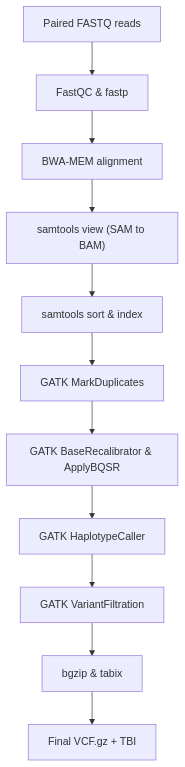
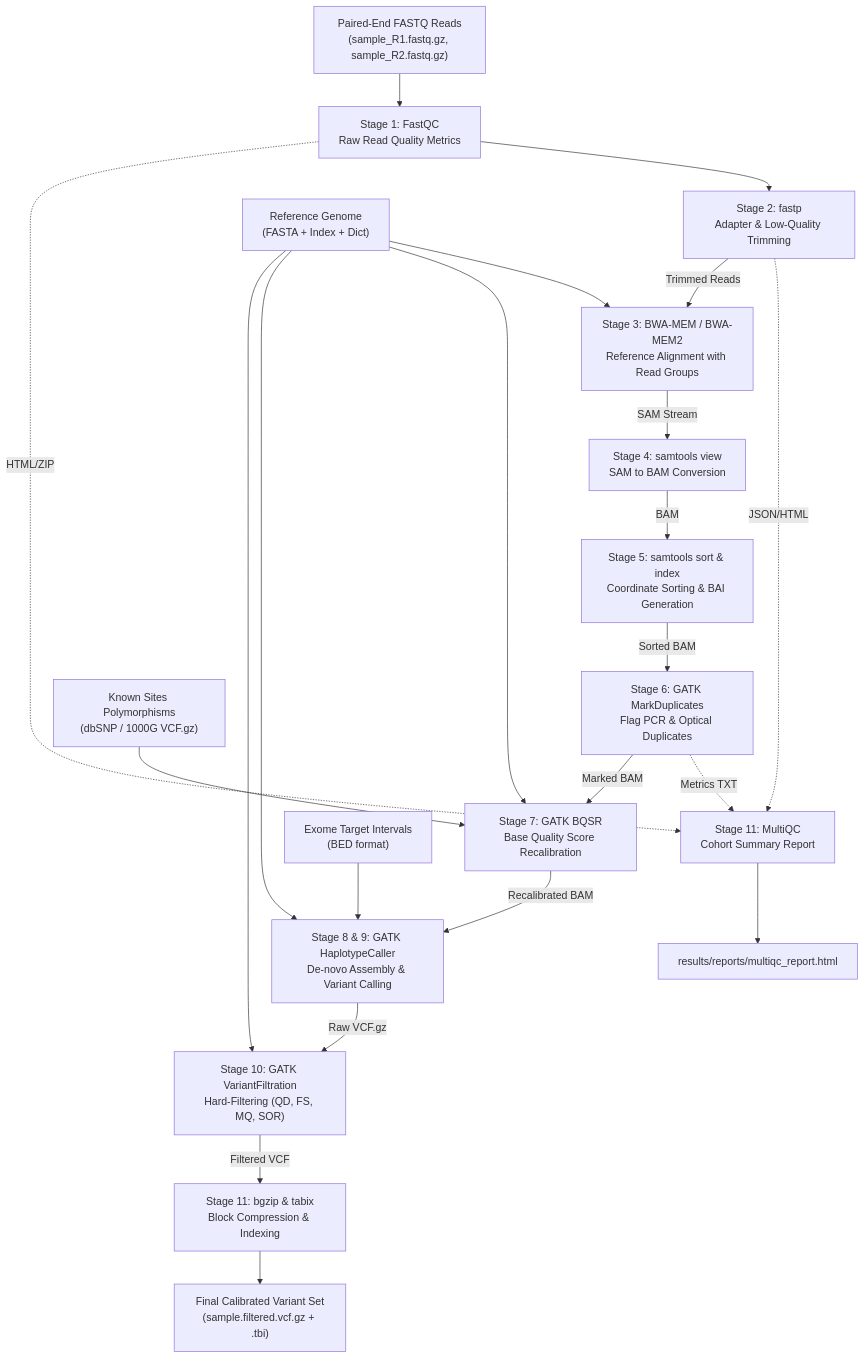
One commit to sushi-cpu/exome-pipeline changed the diagram in README.md. Above: the diagram before and after it, drawn with Mermaid. The commit also changed other lines of this file and 1 other file, not shown here.

Commit message:
docs: expand README and ARCHITECTURE with in-depth technical specifications and diagrams

````diff
--- a/README.md
+++ b/README.md
@@ -9,13 +53,32 @@
 ```mermaid
 flowchart TD
-    FASTQ["Paired FASTQ reads"] --> QC1["FastQC & fastp"]
-    QC1 --> ALIGN["BWA-MEM alignment"]
-    ALIGN --> SAM["samtools view (SAM to BAM)"]
-    SAM --> SORT["samtools sort & index"]
-    SORT --> DEDUP["GATK MarkDuplicates"]
-    DEDUP --> BQSR["GATK BaseRecalibrator & ApplyBQSR"]
-    BQSR --> HC["GATK HaplotypeCaller"]
-    HC --> VF["GATK VariantFiltration"]
-    VF --> BGZIP["bgzip & tabix"]
-    BGZIP --> FINAL["Final VCF.gz + TBI"]
+    FASTQ["Paired-End FASTQ Reads<br/>(sample_R1.fastq.gz, sample_R2.fastq.gz)"] --> STAGE1["Stage 1: FastQC<br/>Raw Read Quality Metrics"]
+    STAGE1 --> STAGE2["Stage 2: fastp<br/>Adapter & Low-Quality Trimming"]
+    STAGE1 -.->|HTML/ZIP| MQ["Stage 11: MultiQC<br/>Cohort Summary Report"]
+    STAGE2 -.->|JSON/HTML| MQ
+    
+    STAGE2 -->|Trimmed Reads| STAGE3["Stage 3: BWA-MEM / BWA-MEM2<br/>Reference Alignment with Read Groups"]
+    REF["Reference Genome<br/>(FASTA + Index + Dict)"] --> STAGE3
+    
+    STAGE3 -->|SAM Stream| STAGE4["Stage 4: samtools view<br/>SAM to BAM Conversion"]
+    STAGE4 -->|BAM| STAGE5["Stage 5: samtools sort & index<br/>Coordinate Sorting & BAI Generation"]
+    
+    STAGE5 -->|Sorted BAM| STAGE6["Stage 6: GATK MarkDuplicates<br/>Flag PCR & Optical Duplicates"]
+    STAGE6 -.->|Metrics TXT| MQ
+    
+    STAGE6 -->|Marked BAM| STAGE7["Stage 7: GATK BQSR<br/>Base Quality Score Recalibration"]
+    KNOWN["Known Sites Polymorphisms<br/>(dbSNP / 1000G VCF.gz)"] --> STAGE7
+    REF --> STAGE7
+    
+    STAGE7 -->|Recalibrated BAM| STAGE8["Stage 8 & 9: GATK HaplotypeCaller<br/>De-novo Assembly & Variant Calling"]
+    BED["Exome Target Intervals<br/>(BED format)"] --> STAGE8
+    REF --> STAGE8
+    
+    STAGE8 -->|Raw VCF.gz| STAGE10["Stage 10: GATK VariantFiltration<br/>Hard-Filtering (QD, FS, MQ, SOR)"]
+    REF --> STAGE10
+    
+    STAGE10 -->|Filtered VCF| STAGE11["Stage 11: bgzip & tabix<br/>Block Compression & Indexing"]
+    STAGE11 --> FINAL["Final Calibrated Variant Set<br/>(sample.filtered.vcf.gz + .tbi)"]
+    
+    MQ --> MQ_REPORT["results/reports/multiqc_report.html"]
 ```
````
